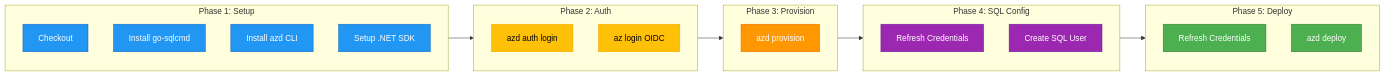
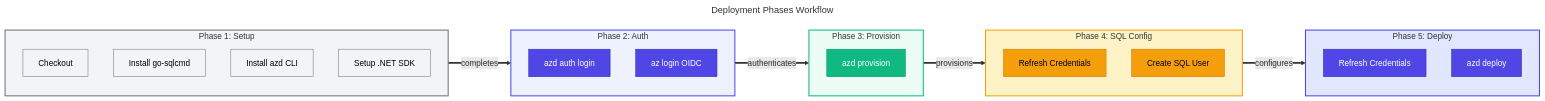
The second of 2 diagrams in docs/devops/azure-dev.md (Evilazaro/Azure-LogicApps-Monitoring), drawn with Mermaid before and after one commit.

Commit message:
refactor: Enhance deployment phases diagram with improved structure and styling

````diff
--- a/docs/devops/azure-dev.md
+++ b/docs/devops/azure-dev.md
@@ -221,45 +221,62 @@
 ```mermaid
+---
+title: Deployment Phases Workflow
+---
 flowchart LR
+    %% ===== PHASE 1: SETUP =====
     subgraph Phase1["Phase 1: Setup"]
-        P1A[Checkout]
-        P1B[Install go-sqlcmd]
-        P1C[Install azd CLI]
-        P1D[Setup .NET SDK]
+        P1A["Checkout"]
+        P1B["Install go-sqlcmd"]
+        P1C["Install azd CLI"]
+        P1D["Setup .NET SDK"]
     end
 
+    %% ===== PHASE 2: AUTHENTICATION =====
     subgraph Phase2["Phase 2: Auth"]
-        P2A[azd auth login]
-        P2B[az login OIDC]
+        P2A["azd auth login"]
+        P2B["az login OIDC"]
     end
 
+    %% ===== PHASE 3: PROVISIONING =====
     subgraph Phase3["Phase 3: Provision"]
-        P3A[azd provision]
+        P3A["azd provision"]
     end
 
+    %% ===== PHASE 4: SQL CONFIGURATION =====
     subgraph Phase4["Phase 4: SQL Config"]
-        P4A[Refresh Credentials]
-        P4B[Create SQL User]
+        P4A["Refresh Credentials"]
+        P4B["Create SQL User"]
     end
 
+    %% ===== PHASE 5: DEPLOYMENT =====
     subgraph Phase5["Phase 5: Deploy"]
-        P5A[Refresh Credentials]
-        P5B[azd deploy]
+        P5A["Refresh Credentials"]
+        P5B["azd deploy"]
     end
 
-    Phase1 --> Phase2
-    Phase2 --> Phase3
-    Phase3 --> Phase4
-    Phase4 --> Phase5
+    %% ===== PHASE FLOW =====
+    Phase1 ==>|completes| Phase2
+    Phase2 ==>|authenticates| Phase3
+    Phase3 ==>|provisions| Phase4
+    Phase4 ==>|configures| Phase5
 
-    classDef setup fill:#2196F3,stroke:#1565C0,color:#fff
-    classDef auth fill:#FFC107,stroke:#FFA000,color:#000
-    classDef provision fill:#FF9800,stroke:#EF6C00,color:#fff
-    classDef sql fill:#9C27B0,stroke:#6A1B9A,color:#fff
-    classDef deploy fill:#4CAF50,stroke:#2E7D32,color:#fff
+    %% ===== NODE STYLING =====
+    classDef primary fill:#4F46E5,stroke:#3730A3,color:#FFFFFF
+    classDef input fill:#F3F4F6,stroke:#6B7280,color:#000000
+    classDef secondary fill:#10B981,stroke:#059669,color:#FFFFFF
+    classDef datastore fill:#F59E0B,stroke:#D97706,color:#000000
 
-    class P1A,P1B,P1C,P1D setup
-    class P2A,P2B auth
-    class P3A provision
-    class P4A,P4B sql
-    class P5A,P5B deploy
+    %% ===== APPLY NODE CLASSES =====
+    class P1A,P1B,P1C,P1D input
+    class P2A,P2B primary
+    class P3A secondary
+    class P4A,P4B datastore
+    class P5A,P5B primary
+
+    %% ===== SUBGRAPH STYLING =====
+    style Phase1 fill:#F3F4F6,stroke:#6B7280,stroke-width:2px
+    style Phase2 fill:#EEF2FF,stroke:#4F46E5,stroke-width:2px
+    style Phase3 fill:#ECFDF5,stroke:#10B981,stroke-width:2px
+    style Phase4 fill:#FEF3C7,stroke:#F59E0B,stroke-width:2px
+    style Phase5 fill:#E0E7FF,stroke:#4F46E5,stroke-width:2px
 ```
````
